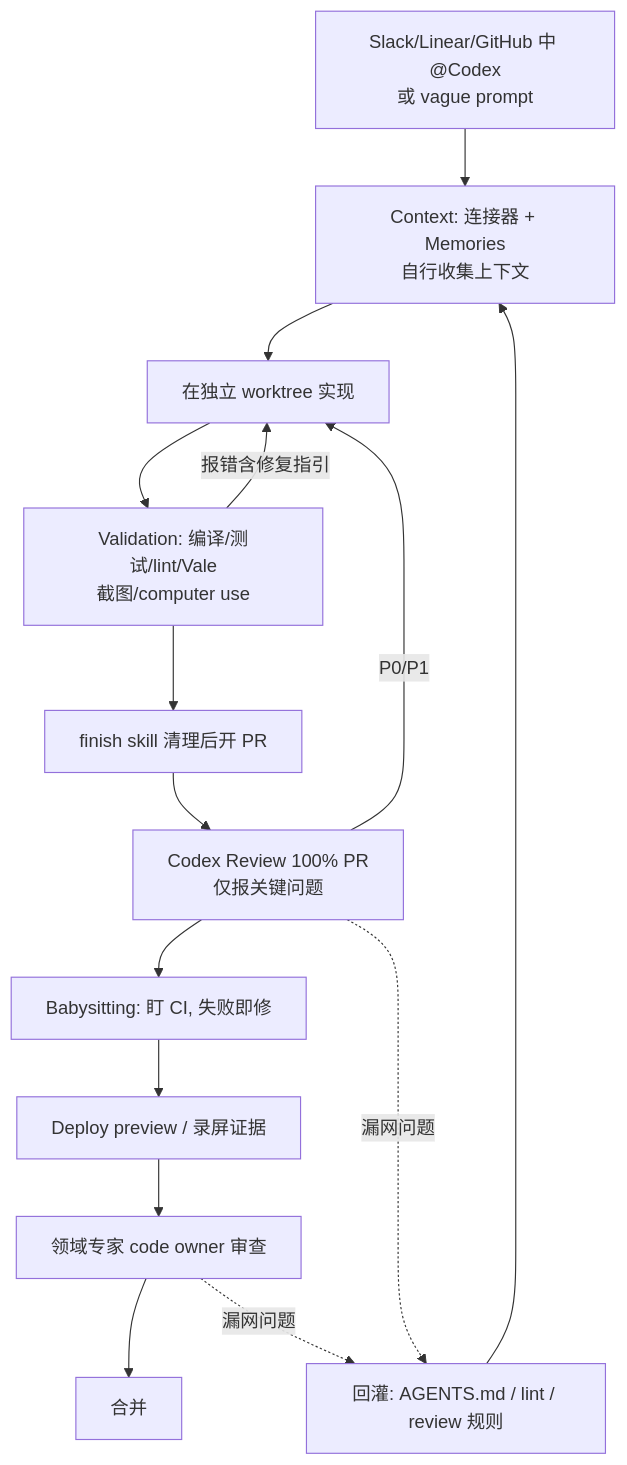
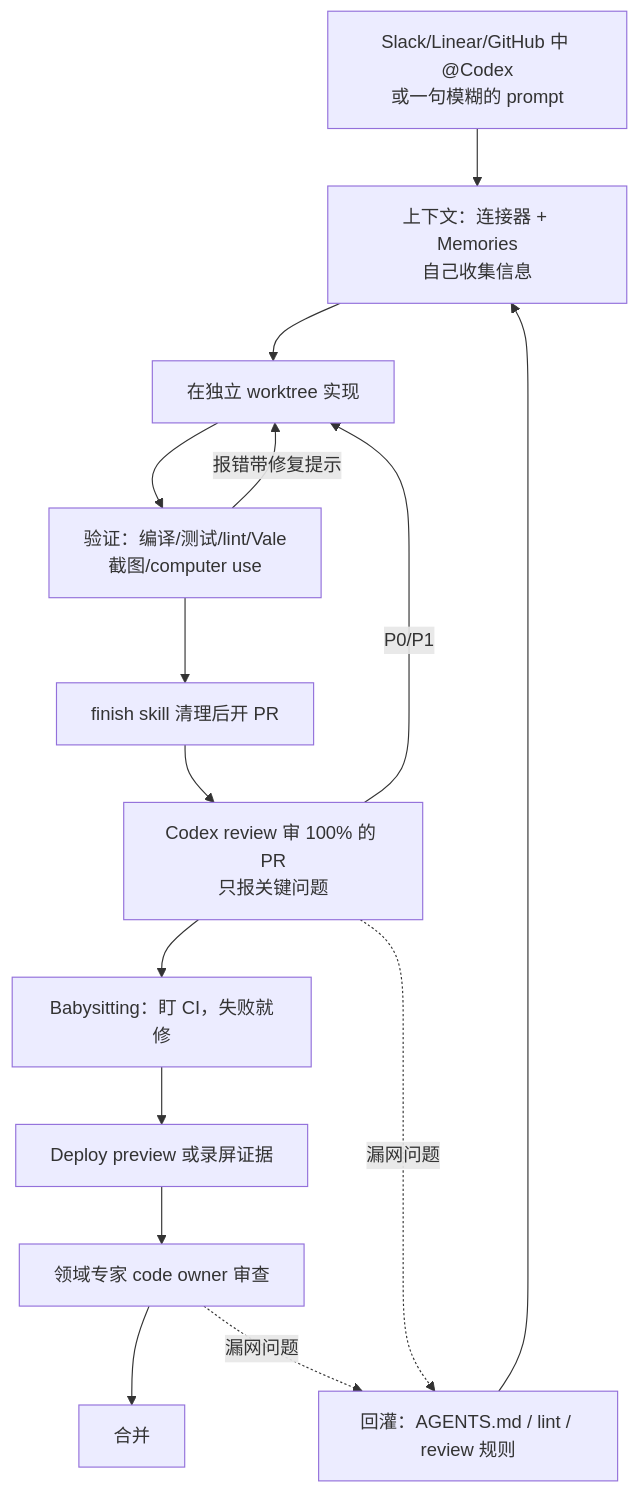
One commit to yzw7489757/ai-coding-videos changed the second of 2 diagrams in docs/10-how-openai-uses-codex.md. Above: the diagram before and after it, drawn with Mermaid. The commit also changed other lines of this file and 6 other files, not shown here.

````diff
--- a/docs/10-how-openai-uses-codex.md
+++ b/docs/10-how-openai-uses-codex.md
@@ -108,17 +208,17 @@
 ```mermaid
 flowchart TD
-    A[Slack/Linear/GitHub 中 @Codex<br/>或 vague prompt] --> B[Context: 连接器 + Memories<br/>自行收集上下文]
-    B --> C[在独立 worktree 实现]
-    C --> D[Validation: 编译/测试/lint/Vale<br/>截图/computer use]
-    D -- 报错含修复指引 --> C
-    D --> E[finish skill 清理后开 PR]
-    E --> F[Codex Review 100% PR<br/>仅报关键问题]
-    F -- P0/P1 --> C
-    F --> G[Babysitting: 盯 CI, 失败即修]
-    G --> H[Deploy preview / 录屏证据]
-    H --> I[领域专家 code owner 审查]
-    I --> J[合并]
-    F -. 漏网问题 .-> K[回灌: AGENTS.md / lint / review 规则]
-    I -. 漏网问题 .-> K
+    A["Slack/Linear/GitHub 中 @Codex<br/>或一句模糊的 prompt"] --> B["上下文：连接器 + Memories<br/>自己收集信息"]
+    B --> C["在独立 worktree 实现"]
+    C --> D["验证：编译/测试/lint/Vale<br/>截图/computer use"]
+    D -- "报错带修复提示" --> C
+    D --> E["finish skill 清理后开 PR"]
+    E --> F["Codex review 审 100% 的 PR<br/>只报关键问题"]
+    F -- "P0/P1" --> C
+    F --> G["Babysitting：盯 CI，失败就修"]
+    G --> H["Deploy preview 或录屏证据"]
+    H --> I["领域专家 code owner 审查"]
+    I --> J["合并"]
+    F -. "漏网问题" .-> K["回灌：AGENTS.md / lint / review 规则"]
+    I -. "漏网问题" .-> K
     K --> B
 ```
````
